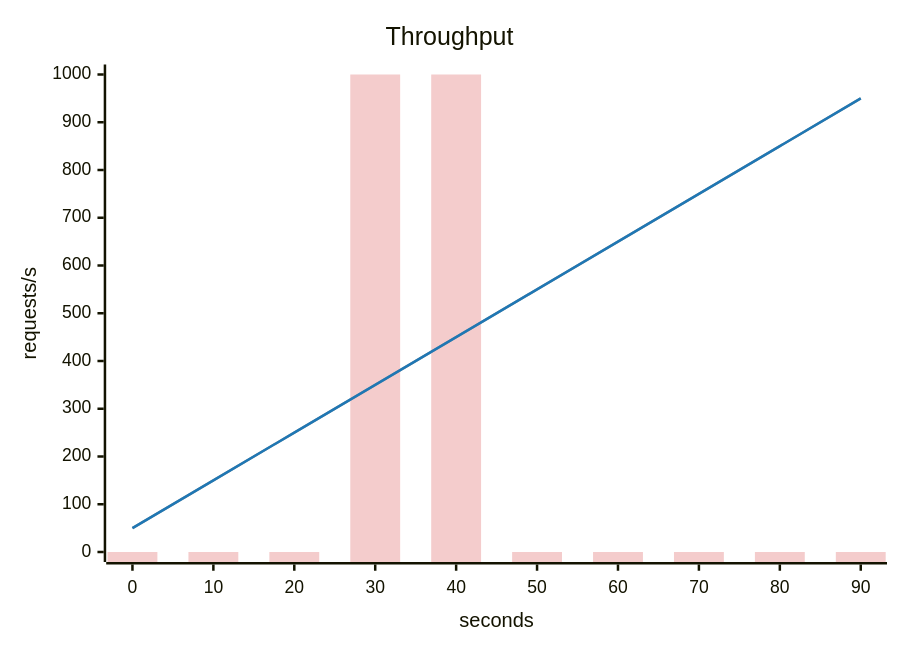
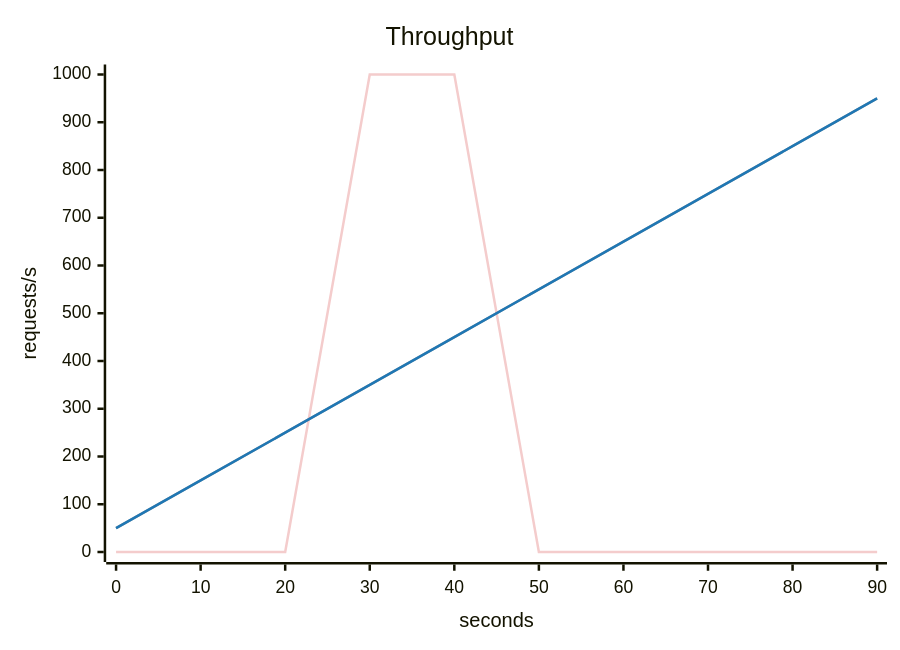
Before and after one commit to akinfemi/load-lore: the second of 5 diagrams in internal/report/testdata/pool.md, drawn with Mermaid. The commit also changed other lines of this file and 47 other files, not shown here.

````diff
--- a/internal/report/testdata/pool.md
+++ b/internal/report/testdata/pool.md
@@ -35,15 +35,16 @@
 ```mermaid
 ---
 config:
   themeVariables:
     xyChart:
+      backgroundColor: "transparent"
       plotColorPalette: "#f4cccc, #9e9e9e, #1f77b4"
 ---
 xychart-beta
     title "Throughput"
     x-axis "seconds" 0 --> 90
     y-axis "requests/s" 0 --> 1000
-    bar [0, 0, 0, 1000, 1000, 0, 0, 0, 0, 0]
+    line [0, 0, 0, 1000, 1000, 0, 0, 0, 0, 0]
     line [50, 150, 250, 350, 450, 550, 650, 750, 850, 950]
     line [50, 150, 250, 350, 450, 550, 650, 750, 850, 950]
 ```
````
